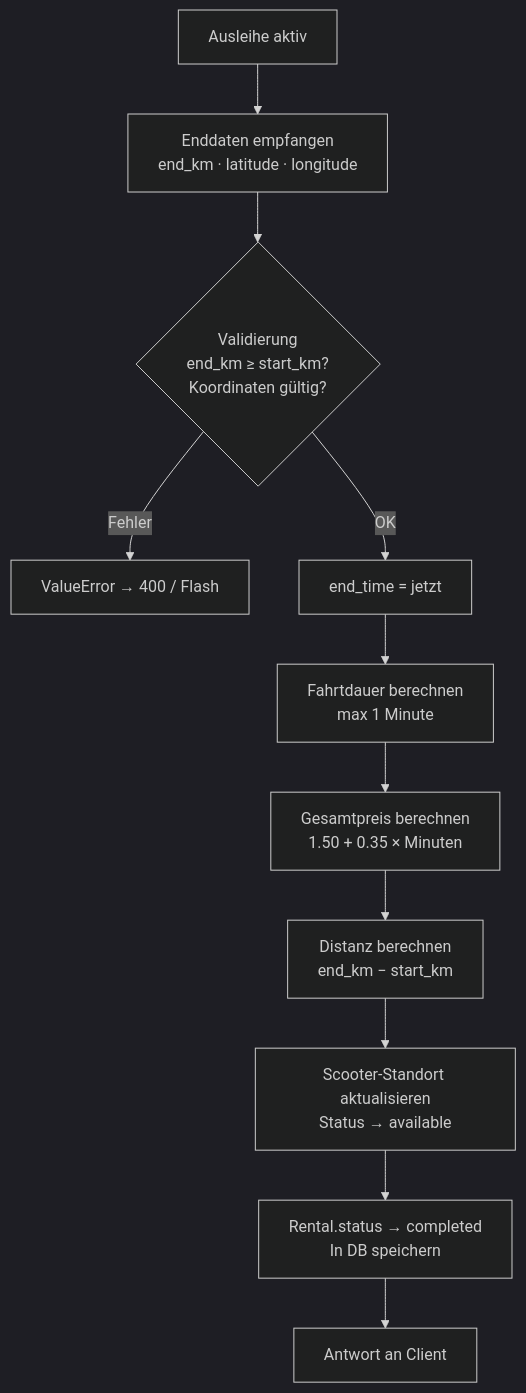
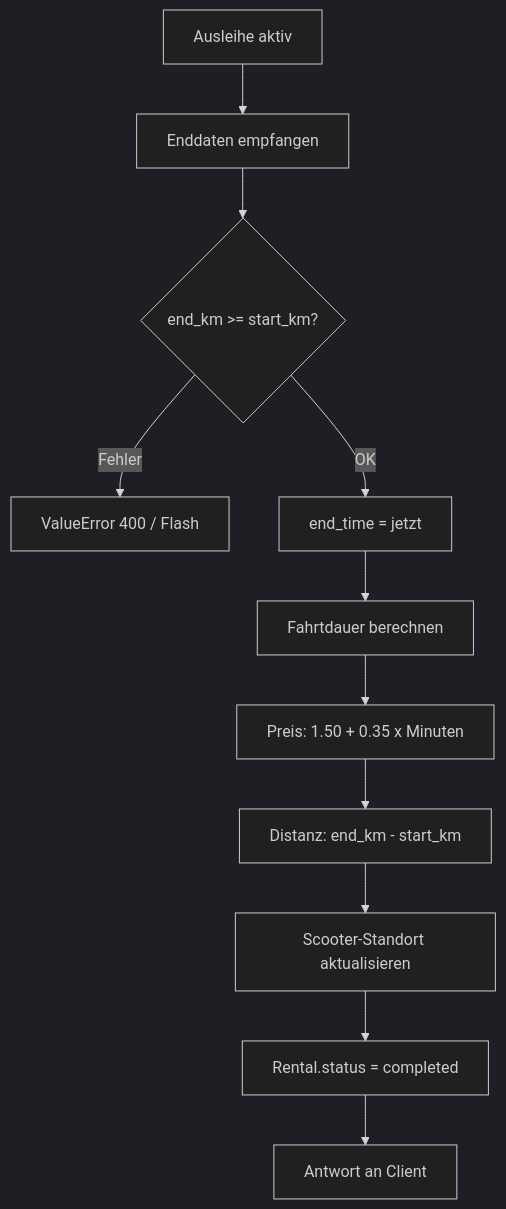
The fourth of 5 diagrams in docs/05_systemarchitektur.md (mogomes/e-mobility), drawn with Mermaid (dark theme) before and after one commit. The commit also changed other lines of this file, not shown here.

````diff
--- a/docs/05_systemarchitektur.md
+++ b/docs/05_systemarchitektur.md
@@ -141,13 +141,13 @@
 ```mermaid
 flowchart TD
-    A[Ausleihe aktiv] --> B[Enddaten empfangen\nend_km · latitude · longitude]
-    B --> C{Validierung\nend_km ≥ start_km?\nKoordinaten gültig?}
-    C -- Fehler --> D[ValueError → 400 / Flash]
+    A[Ausleihe aktiv] --> B[Enddaten empfangen]
+    B --> C{end_km >= start_km?}
+    C -- Fehler --> D[ValueError 400 / Flash]
     C -- OK --> E[end_time = jetzt]
-    E --> F[Fahrtdauer berechnen\nmax 1 Minute]
-    F --> G[Gesamtpreis berechnen\n1.50 + 0.35 × Minuten]
-    G --> H[Distanz berechnen\nend_km − start_km]
-    H --> I[Scooter-Standort aktualisieren\nStatus → available]
-    I --> J[Rental.status → completed\nIn DB speichern]
+    E --> F[Fahrtdauer berechnen]
+    F --> G["Preis: 1.50 + 0.35 x Minuten"]
+    G --> H["Distanz: end_km - start_km"]
+    H --> I[Scooter-Standort aktualisieren]
+    I --> J[Rental.status = completed]
     J --> K[Antwort an Client]
 ```
````
